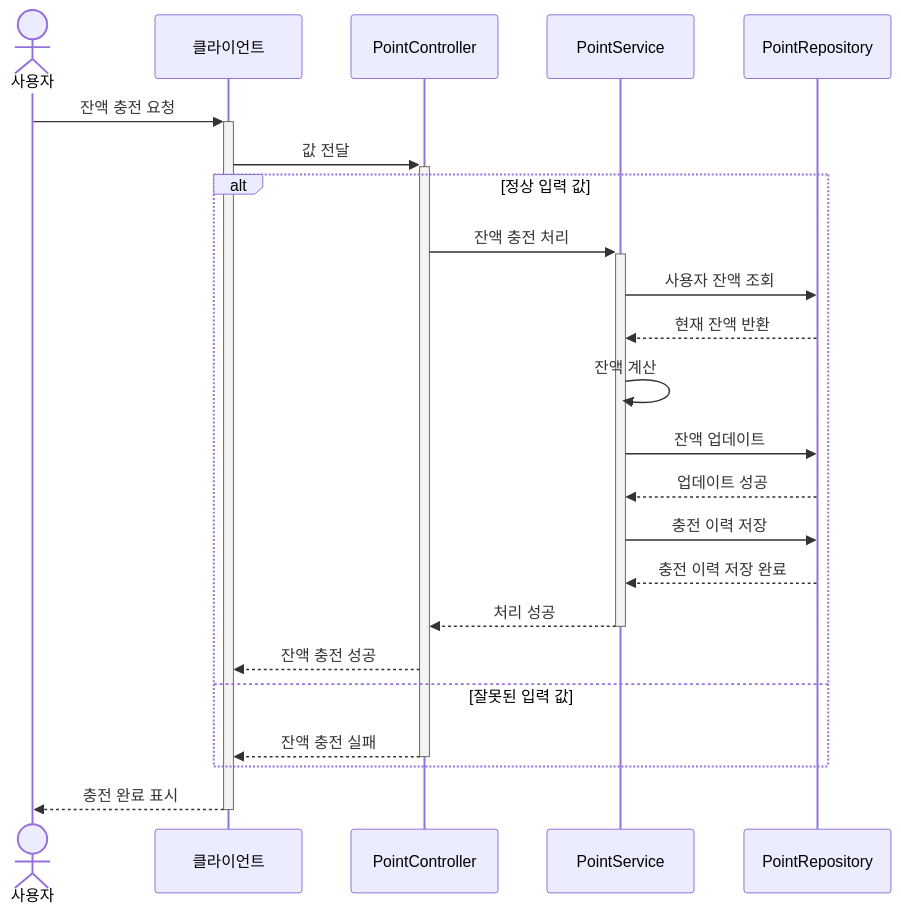
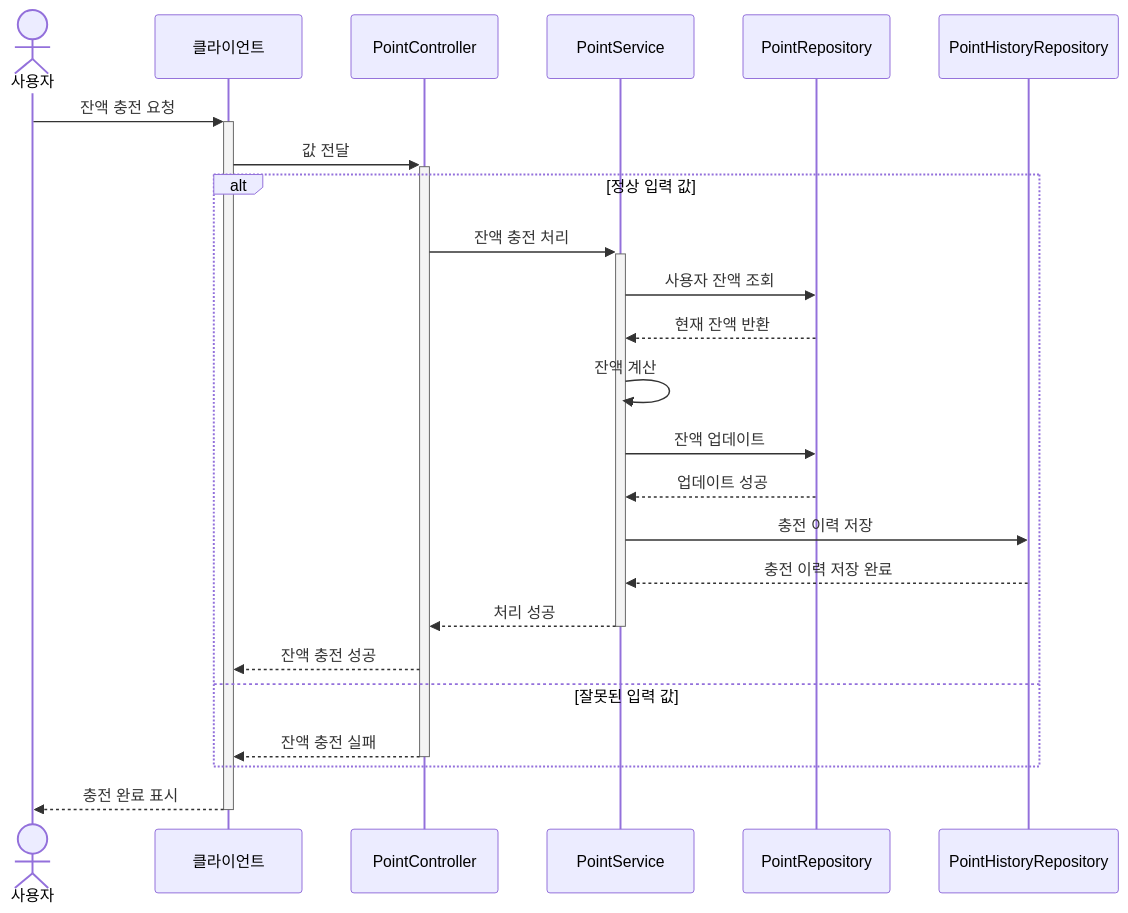
Before and after one commit to letter333/hhplus-be9-commerce: the diagram in docs/diagram/PointCharge-SequenceDiagram.md, drawn with Mermaid. The commit also changed 2 other files, not shown here.

Commit message:
docs: 시퀀스 다이어그램 수정

````diff
--- a/docs/diagram/PointCharge-SequenceDiagram.md
+++ b/docs/diagram/PointCharge-SequenceDiagram.md
@@ -2,26 +2,27 @@
 ```mermaid
 sequenceDiagram
     actor User as 사용자
     participant Client as 클라이언트
     participant Controller as PointController
     participant Service as PointService
-    participant Repository as PointRepository
+    participant PointRepository
+    participant PointHistoryRepository
 
     User->>+Client: 잔액 충전 요청
     Client->>+Controller: 값 전달
     alt 정상 입력 값
         Controller->>+Service: 잔액 충전 처리
-        Service->>Repository: 사용자 잔액 조회
-        Repository-->>Service: 현재 잔액 반환
+        Service->>PointRepository: 사용자 잔액 조회
+        PointRepository-->>Service: 현재 잔액 반환
         Service->>Service: 잔액 계산
-        Service->>Repository: 잔액 업데이트
-        Repository-->>Service: 업데이트 성공
-        Service->>Repository: 충전 이력 저장
-        Repository-->>Service: 충전 이력 저장 완료
+        Service->>PointRepository: 잔액 업데이트
+        PointRepository-->>Service: 업데이트 성공
+        Service->>PointHistoryRepository: 충전 이력 저장
+        PointHistoryRepository-->>Service: 충전 이력 저장 완료
         Service-->>-Controller: 처리 성공
         Controller-->>Client: 잔액 충전 성공 
     else 잘못된 입력 값
         Controller-->>-Client: 잔액 충전 실패
     end
     Client-->>-User: 충전 완료 표시
 ```
````
